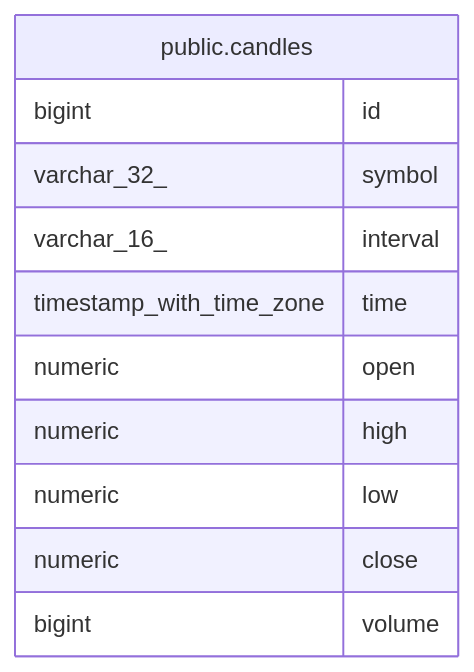
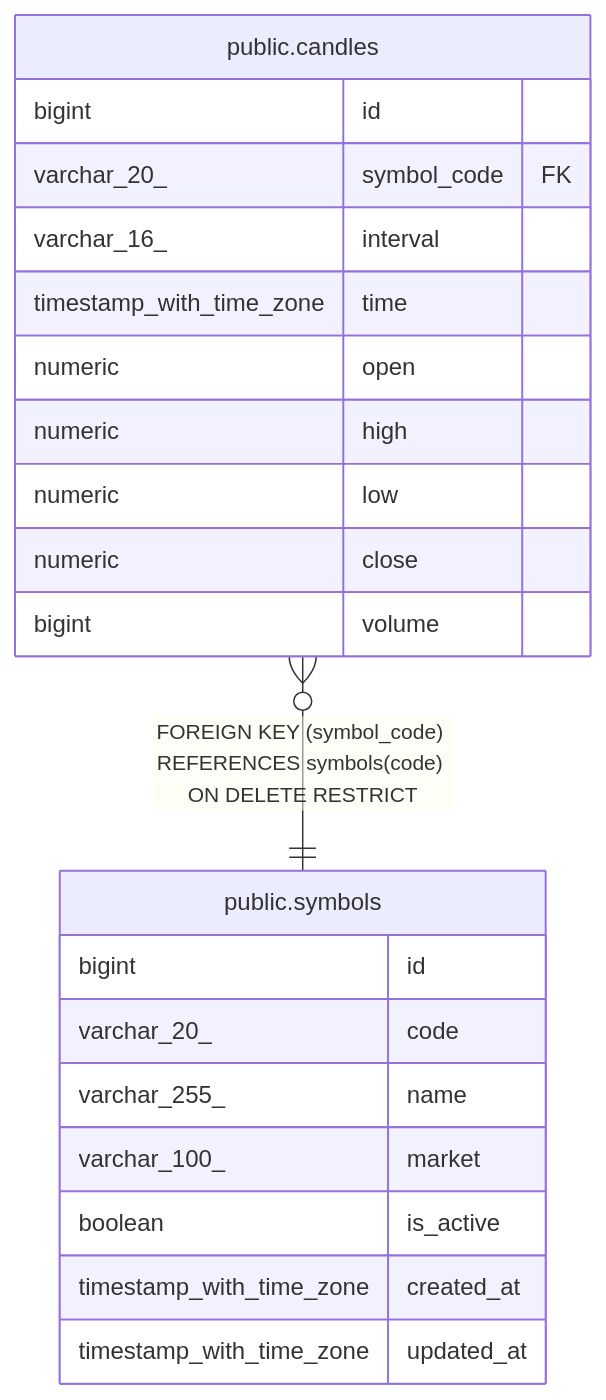
Before and after one commit to UCHIDAnobuhiro/stock_backend: the diagram in docs/schema/public.candles.md, drawn with Mermaid. The commit also changed other lines of this file and 15 other files, not shown here.

First line of the commit message:
refactor: candles.symbol を symbol_code に改名し symbols.code への FK を追加

````diff
--- a/docs/schema/public.candles.md
+++ b/docs/schema/public.candles.md
@@ -32,16 +33,26 @@
 ```mermaid
 erDiagram
 
+"public.candles" }o--|| "public.symbols" : "FOREIGN KEY (symbol_code) REFERENCES symbols(code) ON DELETE RESTRICT"
 
 "public.candles" {
   bigint id ""
-  varchar_32_ symbol ""
+  varchar_20_ symbol_code FK ""
   varchar_16_ interval ""
   timestamp_with_time_zone time ""
   numeric open ""
   numeric high ""
   numeric low ""
   numeric close ""
   bigint volume ""
 }
+"public.symbols" {
+  bigint id ""
+  varchar_20_ code ""
+  varchar_255_ name ""
+  varchar_100_ market ""
+  boolean is_active ""
+  timestamp_with_time_zone created_at ""
+  timestamp_with_time_zone updated_at ""
+}
 ```
````
